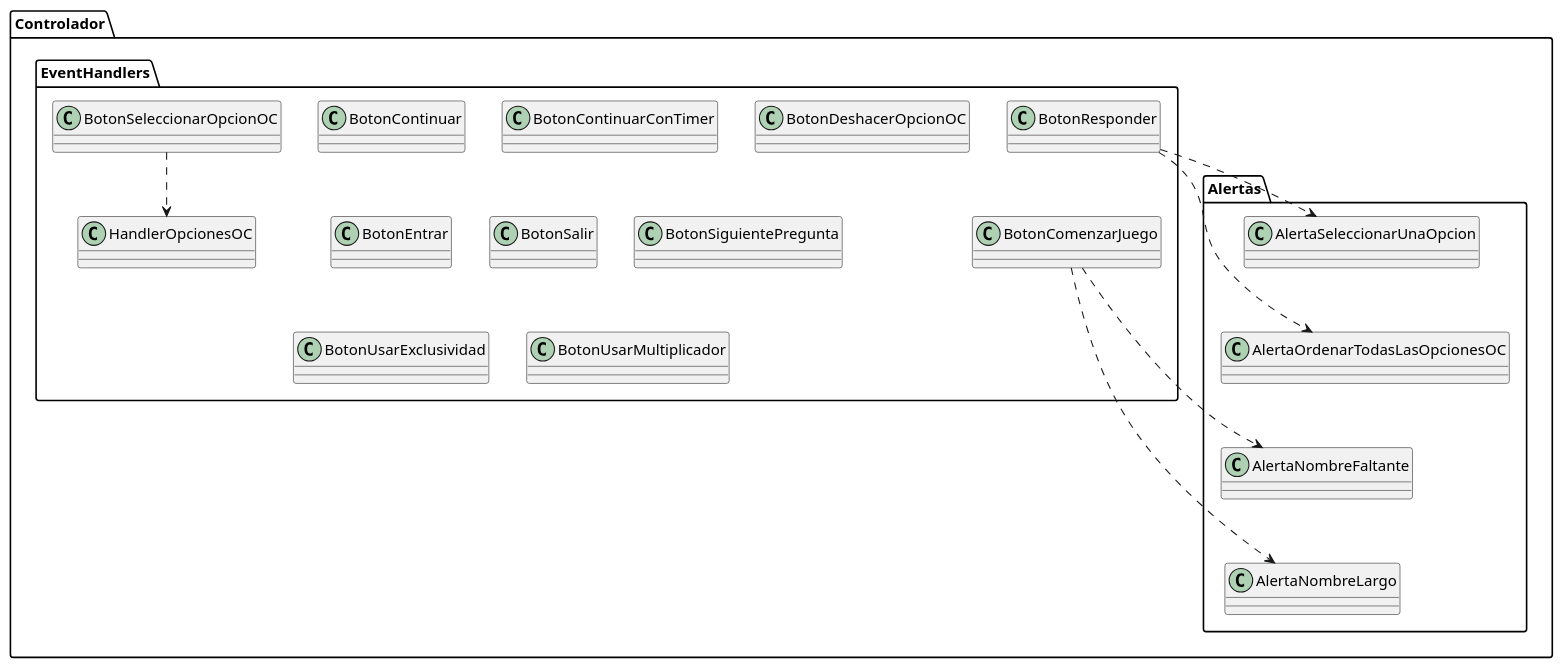
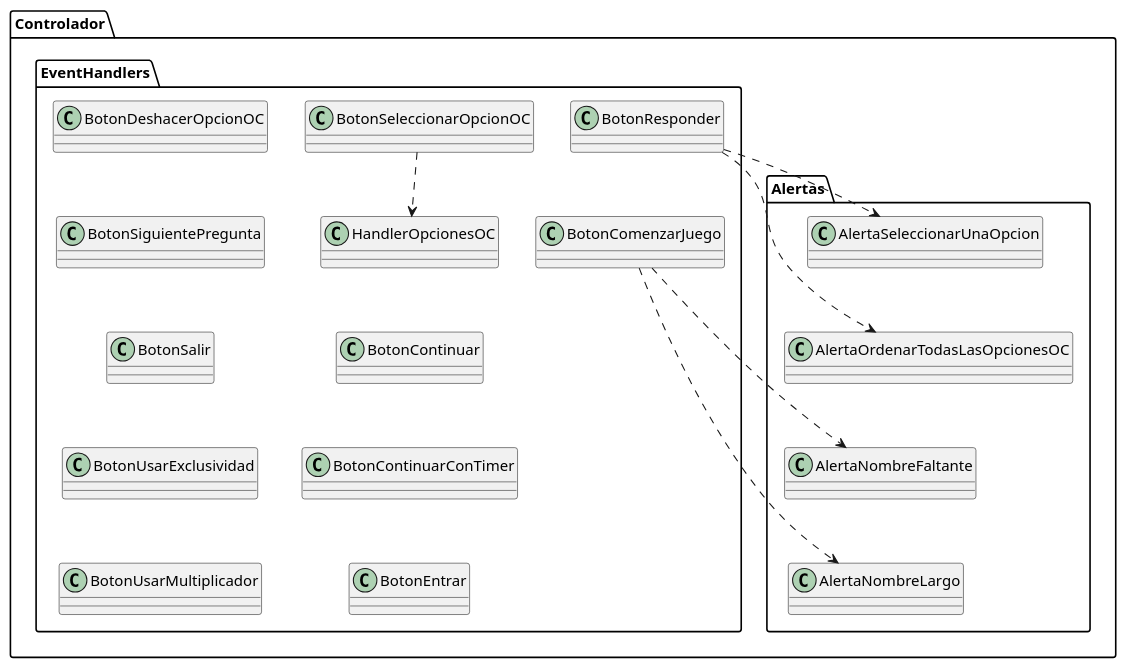
The diagram in Documentacion/Diagramas de Clases/Diagrama de Clases Controladores.puml (gcc-cdimatteo/Algoritmos-y-Programacion-III-75.07), drawn with PlantUML before and after one commit. The commit also changed 2 other files, not shown here.

Commit message:
uml: update

```diff
--- a/Documentacion/Diagramas de Clases/Diagrama de Clases Controladores.puml
+++ b/Documentacion/Diagramas de Clases/Diagrama de Clases Controladores.puml
@@ -1,52 +1,60 @@
 @startuml
 skinparam classAttributeIconSize 0
 
 package Controlador {
 
     package Alertas {
         class AlertaNombreFaltante
         class AlertaNombreLargo
         class AlertaOrdenarTodasLasOpcionesOC
         class AlertaSeleccionarUnaOpcion
     }
 
     package EventHandlers {
         class BotonComenzarJuego
         class BotonContinuar
         class BotonContinuarConTimer
         class BotonDeshacerOpcionOC
         class BotonEntrar
         class BotonResponder
         class BotonSalir
         class BotonSeleccionarOpcionOC
         class BotonSiguientePregunta
         class BotonUsarExclusividad
         class BotonUsarMultiplicador
         class HandlerOpcionesOC
 
 }
 
 'Ordenamiento De Cuadrados
 AlertaNombreLargo -up[hidden]-> AlertaNombreFaltante
 AlertaNombreFaltante -up[hidden]-> AlertaOrdenarTodasLasOpcionesOC
 AlertaOrdenarTodasLasOpcionesOC -up[hidden]-> AlertaSeleccionarUnaOpcion
 BotonResponder -[hidden]-> BotonComenzarJuego
+HandlerOpcionesOC -[hidden]-> BotonContinuar
+BotonContinuar -[hidden]-> BotonContinuarConTimer
+BotonContinuarConTimer -[hidden]-> BotonEntrar
+BotonSeleccionarOpcionOC -left[hidden]-> BotonDeshacerOpcionOC
+BotonDeshacerOpcionOC -[hidden]-> BotonSiguientePregunta
+BotonSiguientePregunta -[hidden]-> BotonSalir
+BotonSalir -[hidden]-> BotonUsarExclusividad
+BotonUsarExclusividad -[hidden]-> BotonUsarMultiplicador
 
 'Herencia --|> cumple la relación 'es un'
 
 'Asociacion --> un objeto guarda a otro
 
 'Agregacion --o un objeto esta compuesto por otro pero no lo necesita para vivir
 
 'Composicion --* un objeto es dueño de otro
 
 'Dependencia ..> un objeto utiliza a otro porque lo recibe/devuelve
 BotonComenzarJuego ..> AlertaNombreFaltante
 BotonComenzarJuego ..> AlertaNombreLargo
 BotonResponder ..> AlertaSeleccionarUnaOpcion
 BotonResponder .right.> AlertaOrdenarTodasLasOpcionesOC
 BotonSeleccionarOpcionOC ..> HandlerOpcionesOC
 
 'Interfaces ..|> colección de declaraciones de métodos sin implemetnar
 
 @enduml
```
